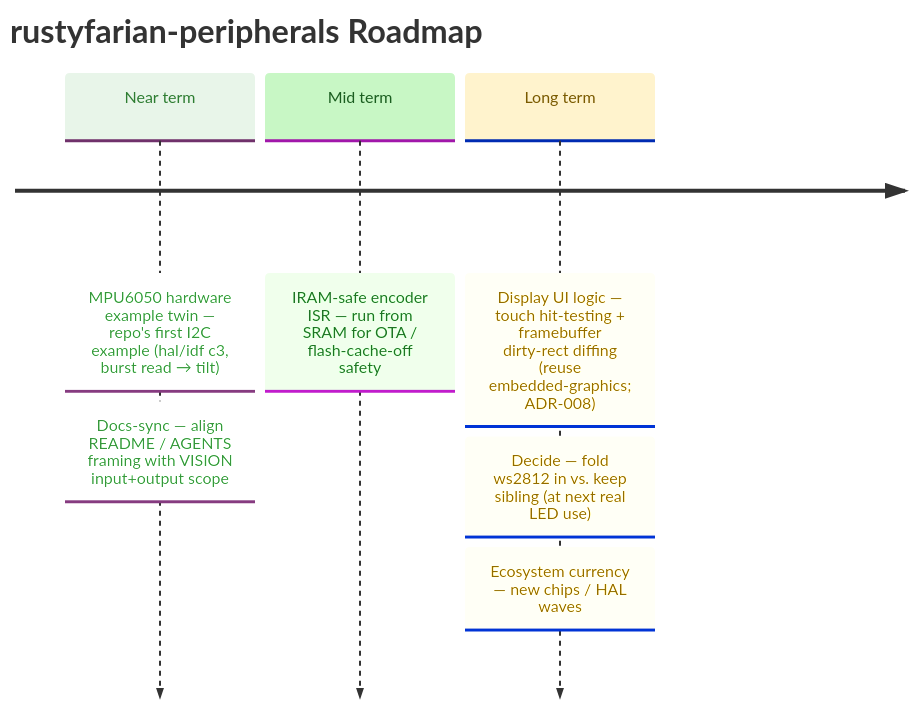
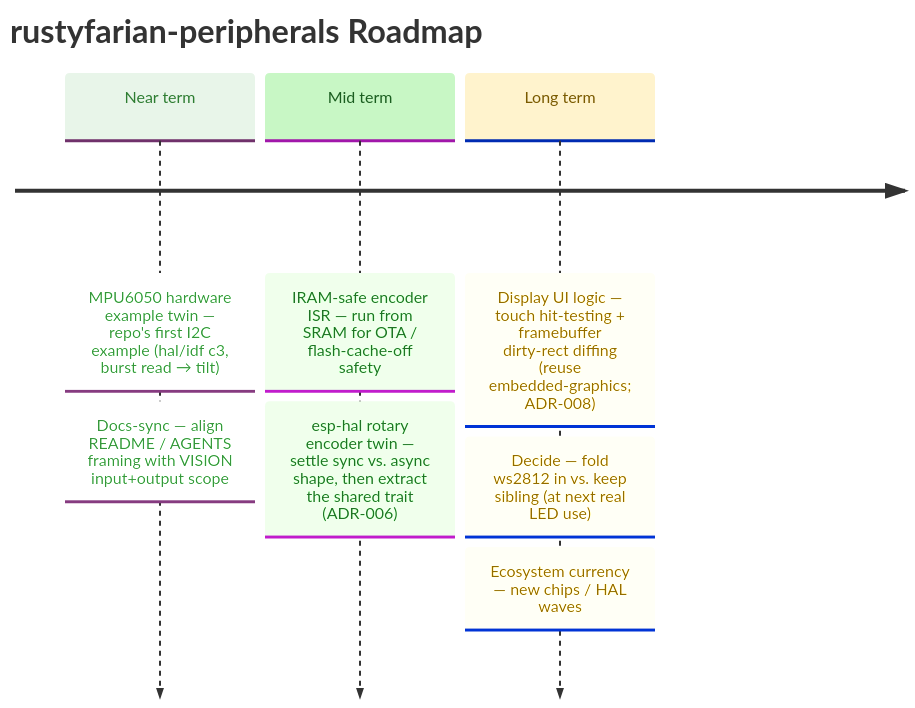
The diagram in docs/ROADMAP.md (datenkollektiv/rustyfarian-peripherals), drawn with Mermaid before and after one commit. The commit also changed other lines of this file and 2 other files, not shown here.

Commit message:
Archive `interrupt-driven-encoder-v1` feature doc

````diff
--- a/docs/ROADMAP.md
+++ b/docs/ROADMAP.md
@@ -10,27 +10,28 @@
 ```mermaid
 %%{init: {
   "theme": "base",
   "themeVariables": {
     "cScale0": "#e8f5e9",
     "cScaleLabel0": "#2e7d32",
     "cScale1": "#c8f7c5",
     "cScaleLabel1": "#1b5e20",
     "cScale2": "#fff3cd",
     "cScaleLabel2": "#7a5a00",
     "cScale3": "#e3f2fd",
     "cScaleLabel3": "#0d47a1"
   }
 }}%%
 
 timeline
     title rustyfarian-peripherals Roadmap
 
     Near term : MPU6050 hardware example twin — repo's first I2C example (hal/idf c3, burst read → tilt)
               : Docs-sync — align README / AGENTS framing with VISION input+output scope
 
     Mid term  : IRAM-safe encoder ISR — run from SRAM for OTA / flash-cache-off safety
+              : esp-hal rotary encoder twin — settle sync vs. async shape, then extract the shared trait (ADR-006)
 
     Long term : Display UI logic — touch hit-testing + framebuffer dirty-rect diffing (reuse embedded-graphics; ADR-008)
               : Decide — fold ws2812 in vs. keep sibling (at next real LED use)
               : Ecosystem currency — new chips / HAL waves
 ```
````
